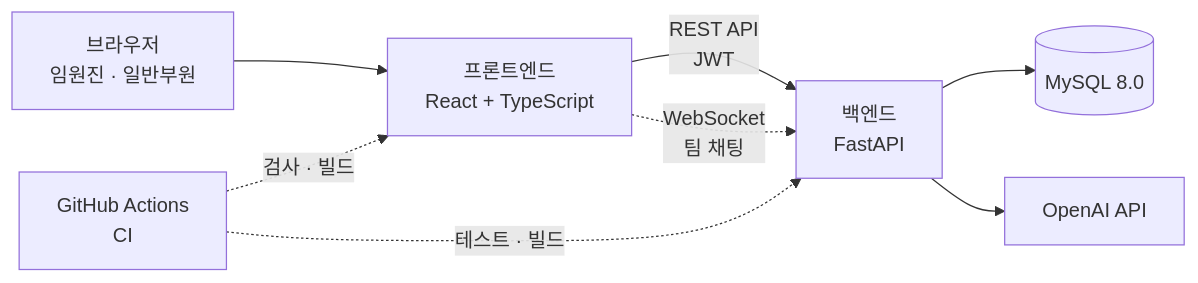
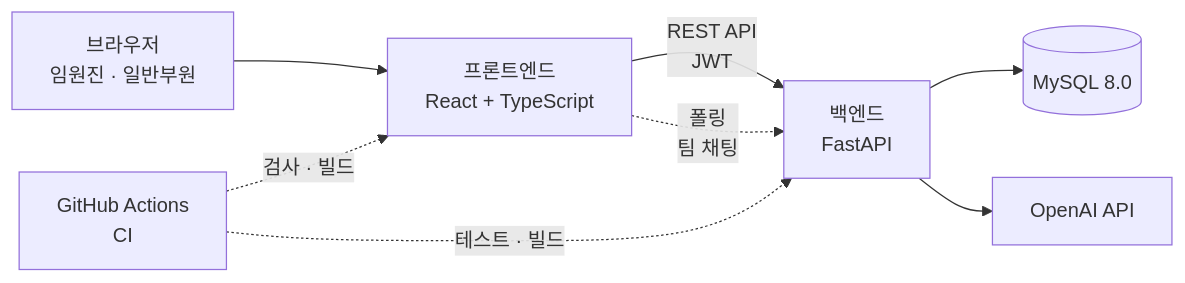
One commit to Opal1031/PKNU_SE_CERT-IS_Scheduler changed the second of 2 diagrams in README.md. Above: the diagram before and after it, drawn with Mermaid. The commit also changed other lines of this file and 3 other files, not shown here.

Commit message:
docs: 채팅 실시간 수신을 폴링 기준으로 확정 (Vercel WebSocket 미지원) (#26)

````diff
--- a/README.md
+++ b/README.md
@@ -153,10 +153,10 @@
 ```mermaid
 flowchart LR
     U["브라우저<br/>임원진 · 일반부원"] --> FE["프론트엔드<br/>React + TypeScript"]
     FE -- "REST API<br/>JWT" --> BE["백엔드<br/>FastAPI"]
-    FE -. "WebSocket<br/>팀 채팅" .-> BE
+    FE -. "폴링<br/>팀 채팅" .-> BE
     BE --> DB[("MySQL 8.0")]
     BE --> AI["OpenAI API"]
     GH["GitHub Actions<br/>CI"] -. "테스트 · 빌드" .-> BE
     GH -. "검사 · 빌드" .-> FE
 ```
````
